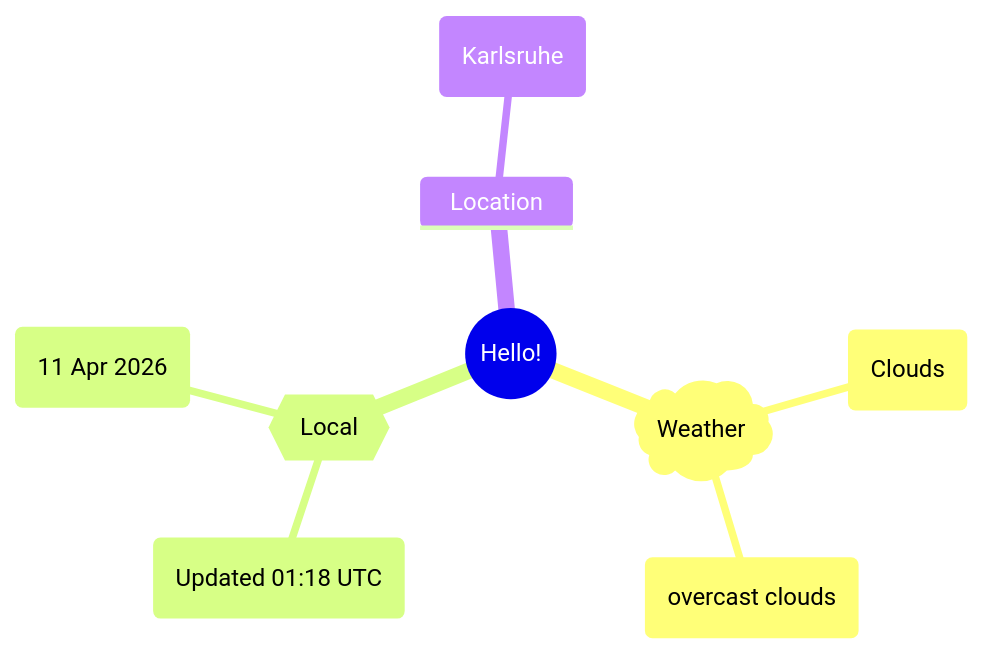
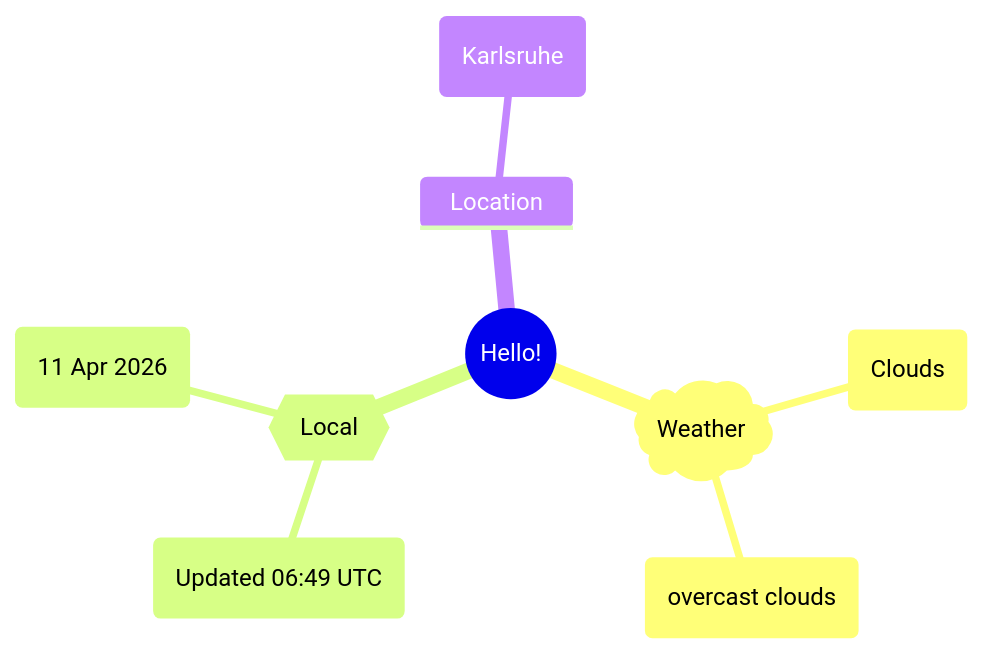
The first of 2 diagrams in README.md (Xosrov/Xosrov), drawn with Mermaid before and after one commit.

Commit message:
[bot] updated images

````diff
--- a/README.md
+++ b/README.md
@@ -3,12 +3,12 @@
 ```mermaid
 mindmap
   root((Hello!))
     )Weather(
         (Clouds)
         (overcast clouds)
     {{Local}}
-        (Updated 01:18 UTC)
+        (Updated 06:49 UTC)
         (11 Apr 2026)
     Location
         (Karlsruhe)
 ```
````
